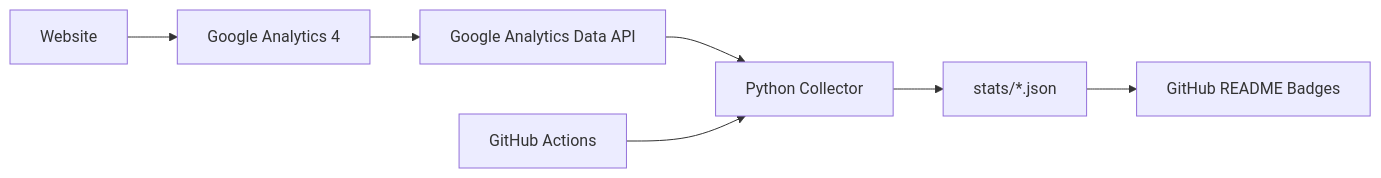
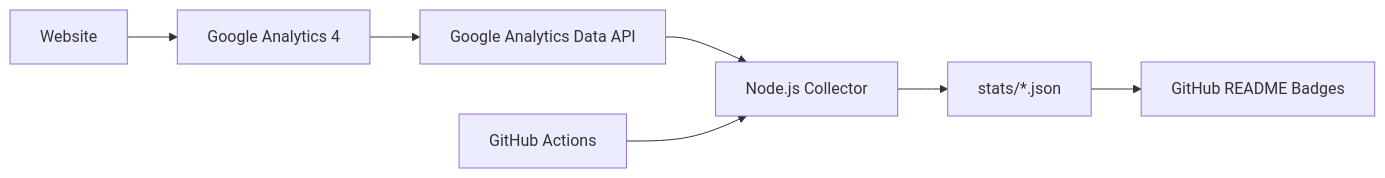
Before and after one commit to Motaibi1989/google-analytics-for-github: the diagram in README.md, drawn with Mermaid. The commit also changed other lines of this file and 5 other files, not shown here.

First line of the commit message:
Convert GA4 collector from Python to JavaScript

````diff
--- a/README.md
+++ b/README.md
@@ -26,9 +26,9 @@
 ```mermaid
 flowchart LR
     A[Website] --> B[Google Analytics 4]
     B --> C[Google Analytics Data API]
-    C --> D[Python Collector]
+    C --> D[Node.js Collector]
     D --> E[stats/*.json]
     E --> F[GitHub README Badges]
     G[GitHub Actions] --> D
 ```
````
